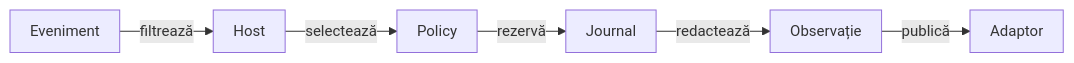
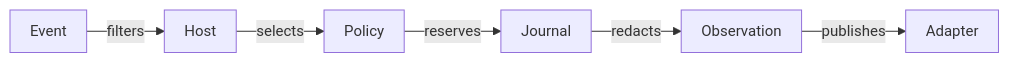
One commit to crististefanita/atf_j0 changed the eighth of 9 diagrams in atf-ui/README.md. Above: the diagram before and after it, drawn with Mermaid. The commit also changed other lines of this file and 113 other files, not shown here.

````diff
--- a/atf-ui/README.md
+++ b/atf-ui/README.md
@@ -764,9 +806,9 @@
 ```mermaid
 %%{init: {"themeVariables":{"fontSize":"15px"},"themeCSS":".nodeLabel, .nodeLabel p { font-size: 15px !important; line-height: 1.35 !important; } .edgeLabel, .edgeLabel p { font-size: 12px !important; font-weight: 400 !important; line-height: 1.2 !important; } .edgeLabel .labelBkg, .edgeLabel p { background: transparent !important; } .edgeLabel foreignObject { transform: translateY(-18px); overflow: visible; } .node rect { rx: 6px; ry: 6px; }","flowchart":{"curve":"linear","nodeSpacing":24,"rankSpacing":40,"padding":10,"diagramPadding":16}}}%%
 flowchart LR
-    Event["Eveniment"] -->|filtrează| Host["Host"]
-    Host -->|selectează| Policy["Policy"]
-    Policy -->|rezervă| Budget["Journal"]
-    Budget -->|redactează| Body["Observație"]
-    Body -->|publică| Consumer["Adaptor"]
+    Event["Event"] -->|filters| Host["Host"]
+    Host -->|selects| Policy["Policy"]
+    Policy -->|reserves| Budget["Journal"]
+    Budget -->|redacts| Body["Observation"]
+    Body -->|publishes| Consumer["Adapter"]
 ```
````
